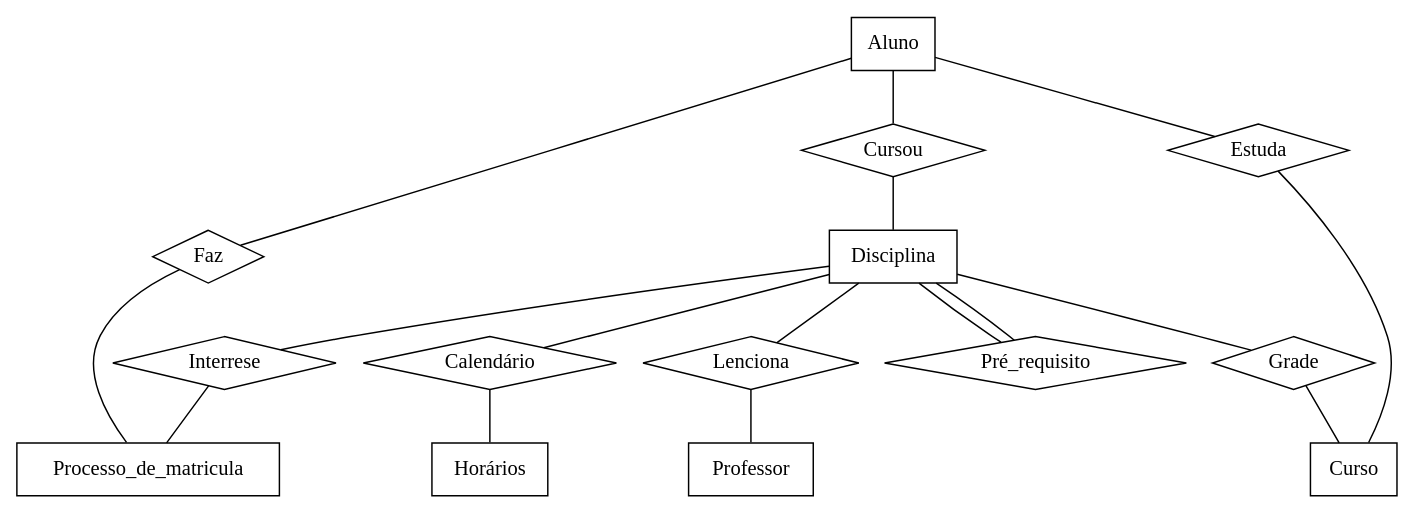
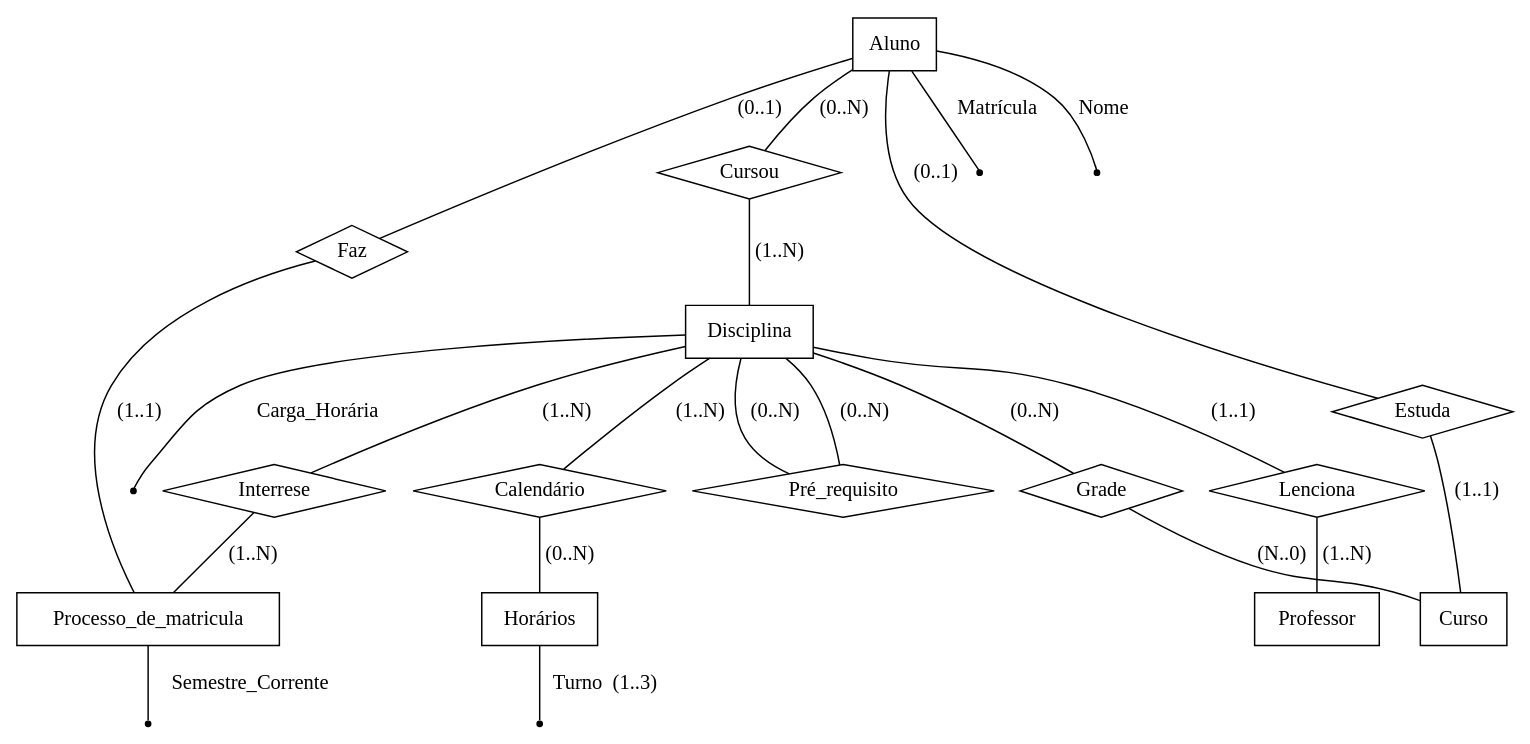
The diagram in diagramaER.dot (analuscharf/BCD-29008), drawn with Graphviz before and after one commit.

```diff
--- a/diagramaER.dot
+++ b/diagramaER.dot
@@ -1,34 +1,50 @@
 graph diagramER{
 
 //Entidades
 Aluno[shape=record]
 Processo_de_matricula[shape=record]
 Disciplina[shape=record]
 Horários[shape=record]
 Curso[shape=record]
 Professor[shape=record]
 
 //Relacionamentos
 Cursou[shape=diamond]
 Faz[shape=diamond]
 Interrese[shape=diamond]
 Calendário[shape=diamond]
 Grade[shape=diamond]
 Lenciona[shape=diamond]
 Estuda[shape=diamond]
 Pré_requisito[shape=diamond]
 
+//Atributos
+Matrícula[shape=point]
+Nome[shape=point]
+Carga_Horária[shape=point]
+Semestre_Corrente[shape=point]
+Turno[shape=point]
 
-//Ligações
-Aluno--Cursou--Disciplina
-Aluno--Estuda--Curso
-Aluno--Faz--Processo_de_matricula
-Disciplina--Lenciona--Professor
-Disciplina--Calendário--Horários
-Disciplina--Grade--Curso
-Disciplina--Interrese--Processo_de_matricula
-Disciplina--Pré_requisito--Disciplina
-
-
-
+// Ligações
+Aluno--Cursou [label="(0..N)"]
+Cursou--Disciplina [label="(1..N)"]
+Aluno--Estuda[label="(0..1)"]
+Estuda--Curso[label="(1..1)"]
+Aluno--Faz[label="(0..1)"]
+Faz--Processo_de_matricula[label="(1..1)"]
+Disciplina--Lenciona[label="(1..1)"]
+Lenciona--Professor[label="(1..N)"]
+Disciplina--Calendário[label="(1..N)"]
+Calendário--Horários[label="(0..N)"]
+Disciplina--Grade [label="(0..N)"]
+Grade--Curso [label="(N..0)"]
+Disciplina--Interrese[label="(1..N)"]
+Interrese--Processo_de_matricula[label="(1..N)"]
+Disciplina--Pré_requisito[label="(0..N)"]
+Pré_requisito--Disciplina[label="(0..N)"]
+Aluno--Matrícula [label="Matrícula"]
+Disciplina--Carga_Horária[label="Carga_Horária"]
+Aluno--Nome[label="Nome"]
+Processo_de_matricula--Semestre_Corrente[label="Semestre_Corrente"]
+Horários--Turno[label="Turno  (1..3)"]
 }
```
